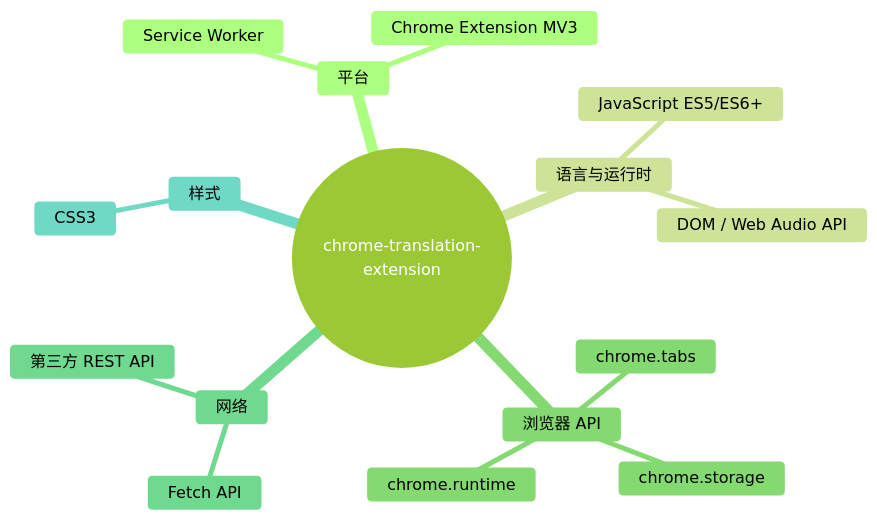
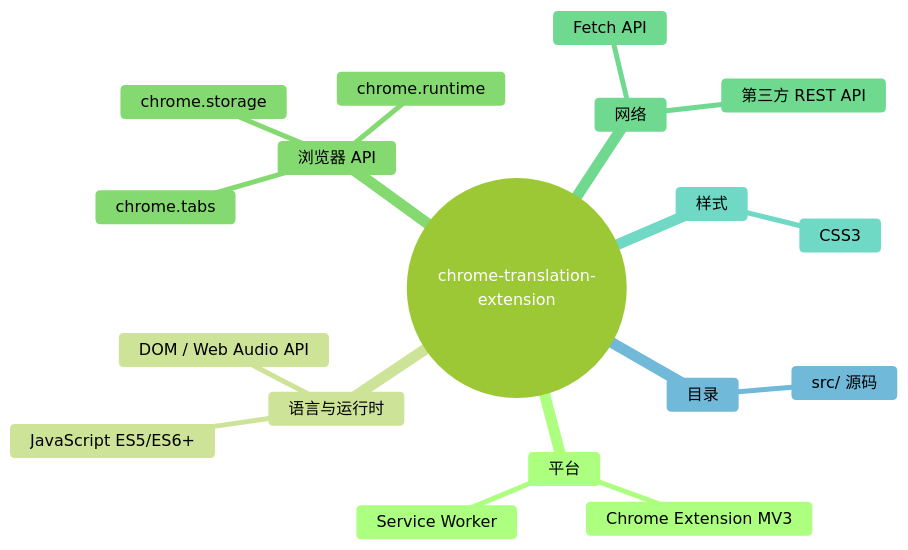
The first of 2 diagrams in TechStack.md (xuekeven/translation-extension), drawn with Mermaid (forest theme) before and after one commit. The commit also changed other lines of this file and 15 other files, not shown here.

````diff
--- a/TechStack.md
+++ b/TechStack.md
@@ -9,19 +9,21 @@
 ```mermaid
 mindmap
   root((chrome-translation-extension))
     平台
       Chrome Extension MV3
       Service Worker
     语言与运行时
       JavaScript ES5/ES6+
       DOM / Web Audio API
     浏览器 API
       chrome.storage
       chrome.tabs
       chrome.runtime
     网络
       Fetch API
       第三方 REST API
     样式
       CSS3
+    目录
+      src/ 源码
 ```
````
